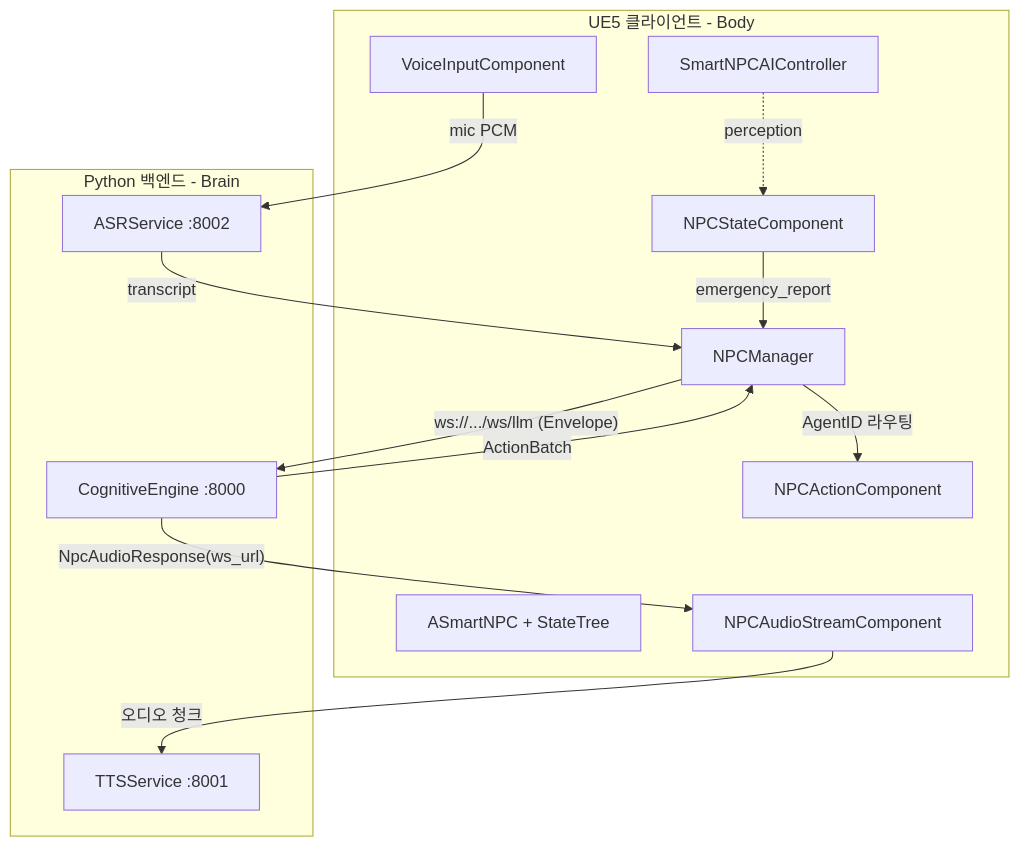
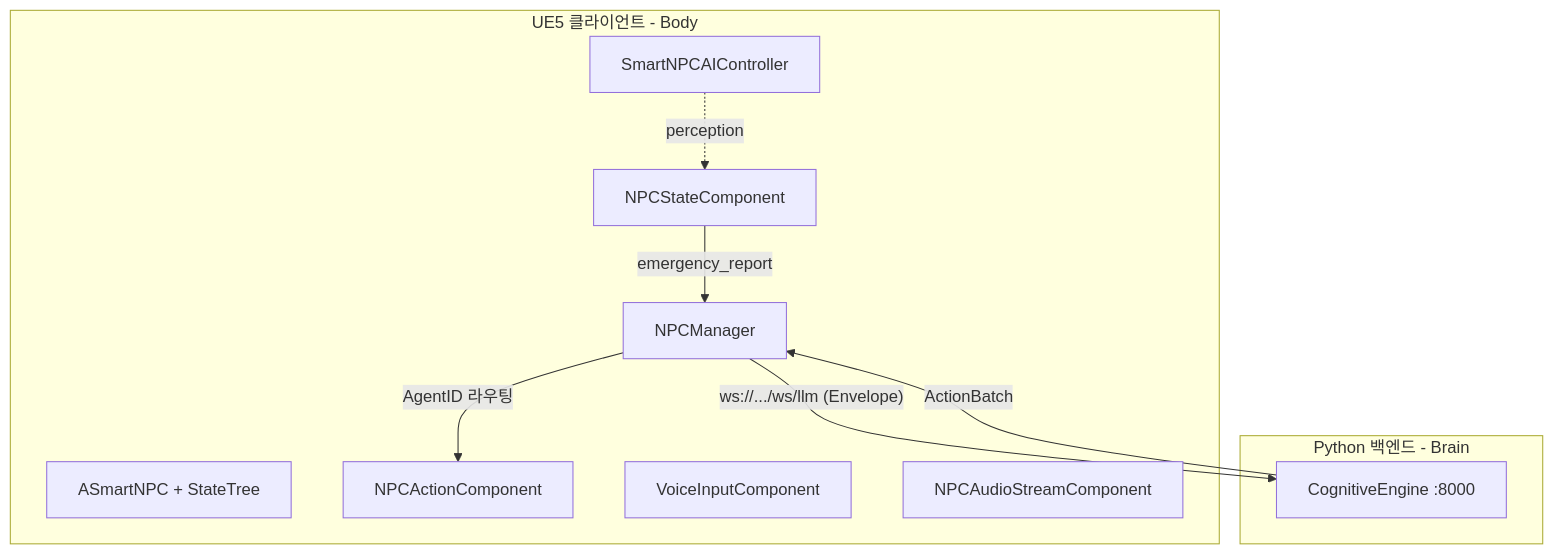
Before and after one commit to jukanmi/UE5-MCP-VR-Orchestrator: the diagram in README.md, drawn with Mermaid. The commit also changed other lines of this file and 19 other files, not shown here.

Commit message:
refactor: TTS 파이프라인 제거 — main.py·npc_audio.py·tts_client.py·TTSService·ASRService

````diff
--- a/README.md
+++ b/README.md
@@ -29,26 +27,20 @@
 ```mermaid
 graph TD
     subgraph UE5 [UE5 클라이언트 - Body]
         NPC[ASmartNPC + StateTree]
         AIC[SmartNPCAIController]
         SC[NPCStateComponent]
         AC[NPCActionComponent]
         NM[NPCManager]
         VI[VoiceInputComponent]
         AU[NPCAudioStreamComponent]
     end
     subgraph PY [Python 백엔드 - Brain]
         CE[CognitiveEngine :8000]
-        TTS[TTSService :8001]
-        ASR[ASRService :8002]
     end
     AIC -.->|perception| SC
     SC -->|emergency_report| NM
-    VI -->|mic PCM| ASR
-    ASR -->|transcript| NM
     NM -- "ws://.../ws/llm (Envelope)" --> CE
     CE -- "ActionBatch" --> NM
-    CE -- "NpcAudioResponse(ws_url)" --> AU
-    AU -->|오디오 청크| TTS
     NM -->|AgentID 라우팅| AC
 ```
````
